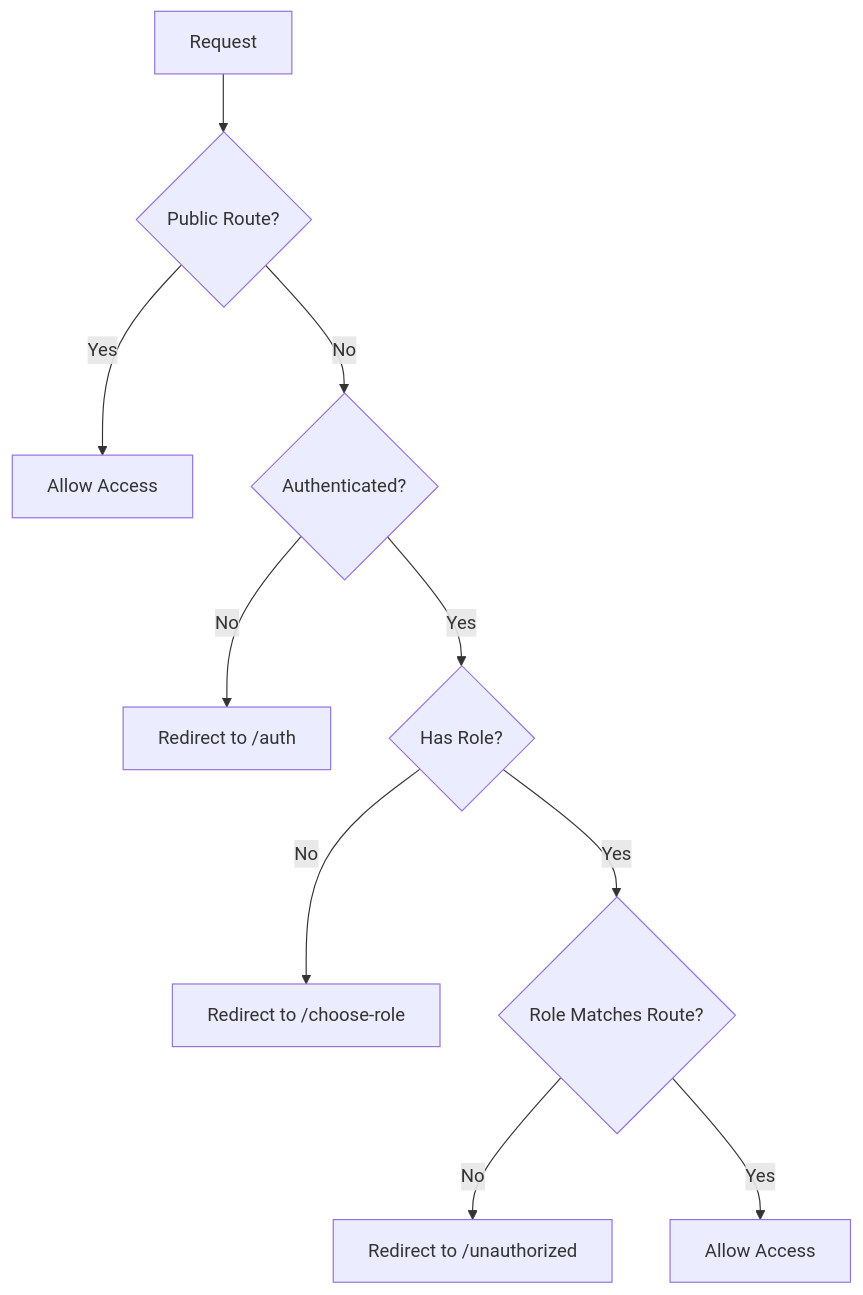
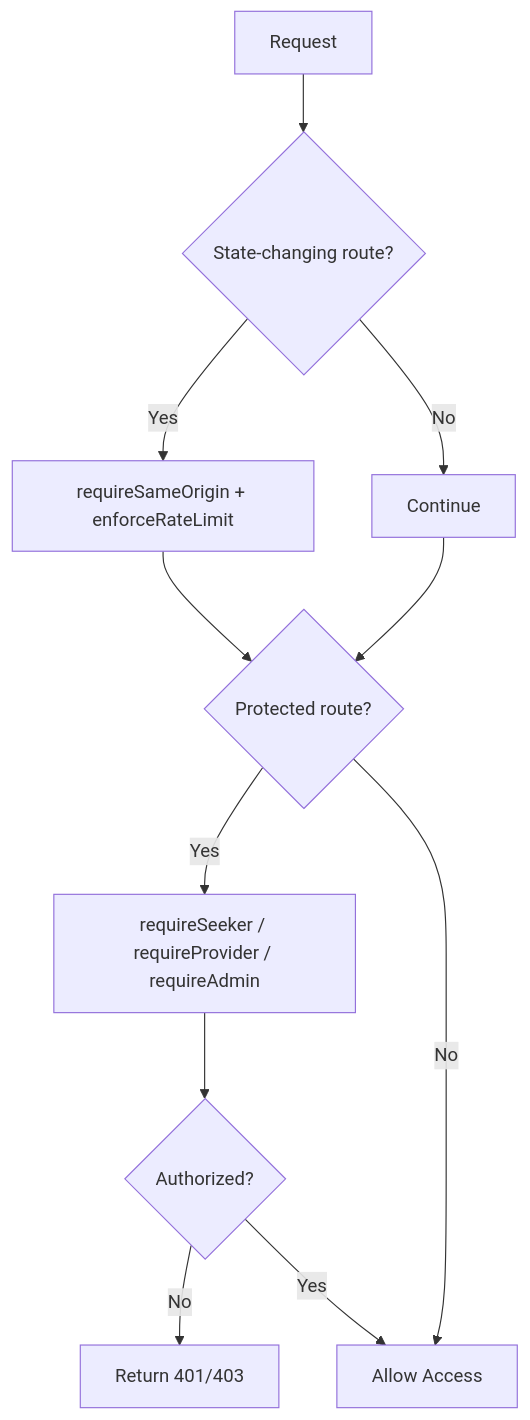
Before and after one commit to ashfakhm/laundry-ease: the first of 6 diagrams in docs/CODEBASE_UNDERSTANDING.md, drawn with Mermaid. The commit also changed other lines of this file and 18 other files, not shown here.

````diff
--- a/docs/CODEBASE_UNDERSTANDING.md
+++ b/docs/CODEBASE_UNDERSTANDING.md
@@ -122,12 +122,13 @@
 ```mermaid
 flowchart TD
-    A[Request] --> B{Public Route?}
-    B -->|Yes| C[Allow Access]
-    B -->|No| D{Authenticated?}
-    D -->|No| E[Redirect to /auth]
-    D -->|Yes| F{Has Role?}
-    F -->|No| G[Redirect to /choose-role]
-    F -->|Yes| H{Role Matches Route?}
-    H -->|No| I[Redirect to /unauthorized]
-    H -->|Yes| J[Allow Access]
+    A[Request] --> B{State-changing route?}
+    B -->|Yes| C[requireSameOrigin + enforceRateLimit]
+    B -->|No| D[Continue]
+    C --> E{Protected route?}
+    D --> E
+    E -->|Yes| F[requireSeeker / requireProvider / requireAdmin]
+    E -->|No| G[Allow Access]
+    F --> H{Authorized?}
+    H -->|No| I[Return 401/403]
+    H -->|Yes| G
 ```
````
